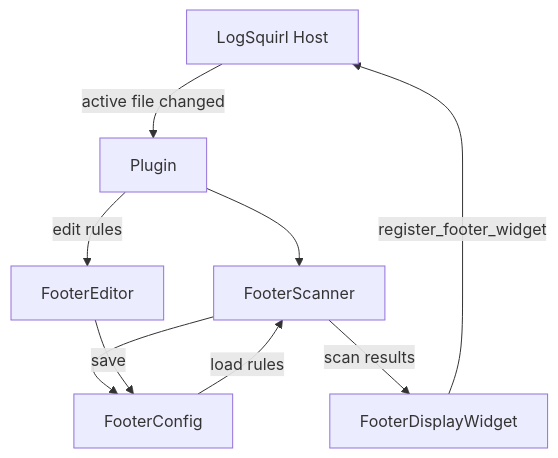
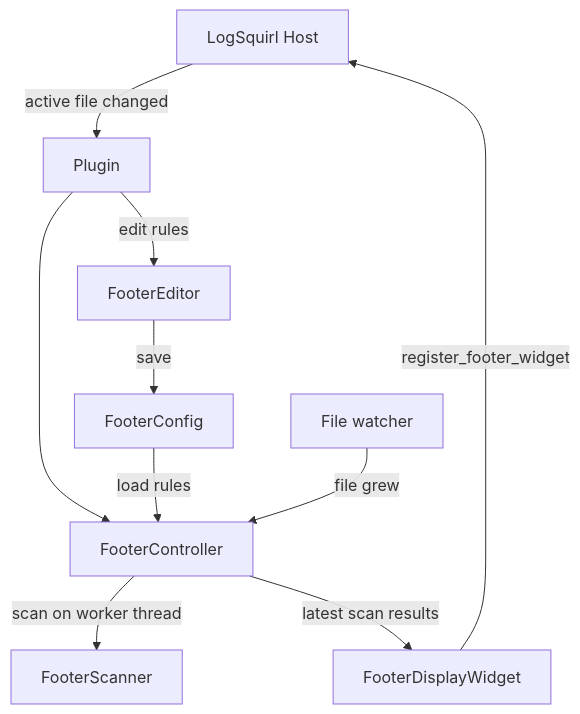
Before and after one commit to 64x-lunicorn/LogSquirl-CustomFooter: the first of 2 diagrams in README.md, drawn with Mermaid. The commit also changed other lines of this file and 10 other files, not shown here.

````diff
--- a/README.md
+++ b/README.md
@@ -171,11 +186,12 @@
 ```mermaid
 graph TD
     A[LogSquirl Host] -->|active file changed| B[Plugin]
-    B --> C[FooterScanner]
-    C --> D[FooterConfig]
-    D -->|load rules| C
-    C -->|scan results| E[FooterDisplayWidget]
+    B --> G[FooterController]
+    D[FooterConfig] -->|load rules| G
+    G -->|scan on worker thread| C[FooterScanner]
+    H[File watcher] -->|file grew| G
+    G -->|latest scan results| E[FooterDisplayWidget]
     E -->|register_footer_widget| A
     B -->|edit rules| F[FooterEditor]
     F -->|save| D
 ```
````
